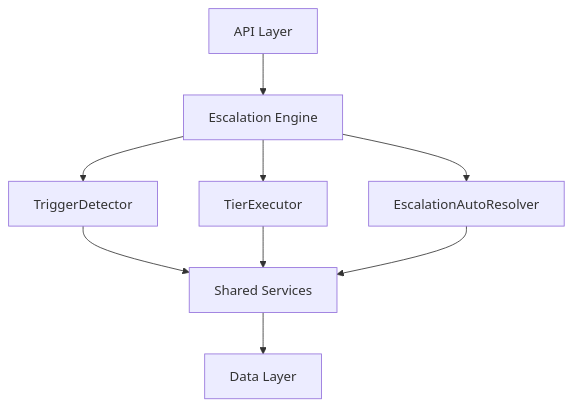
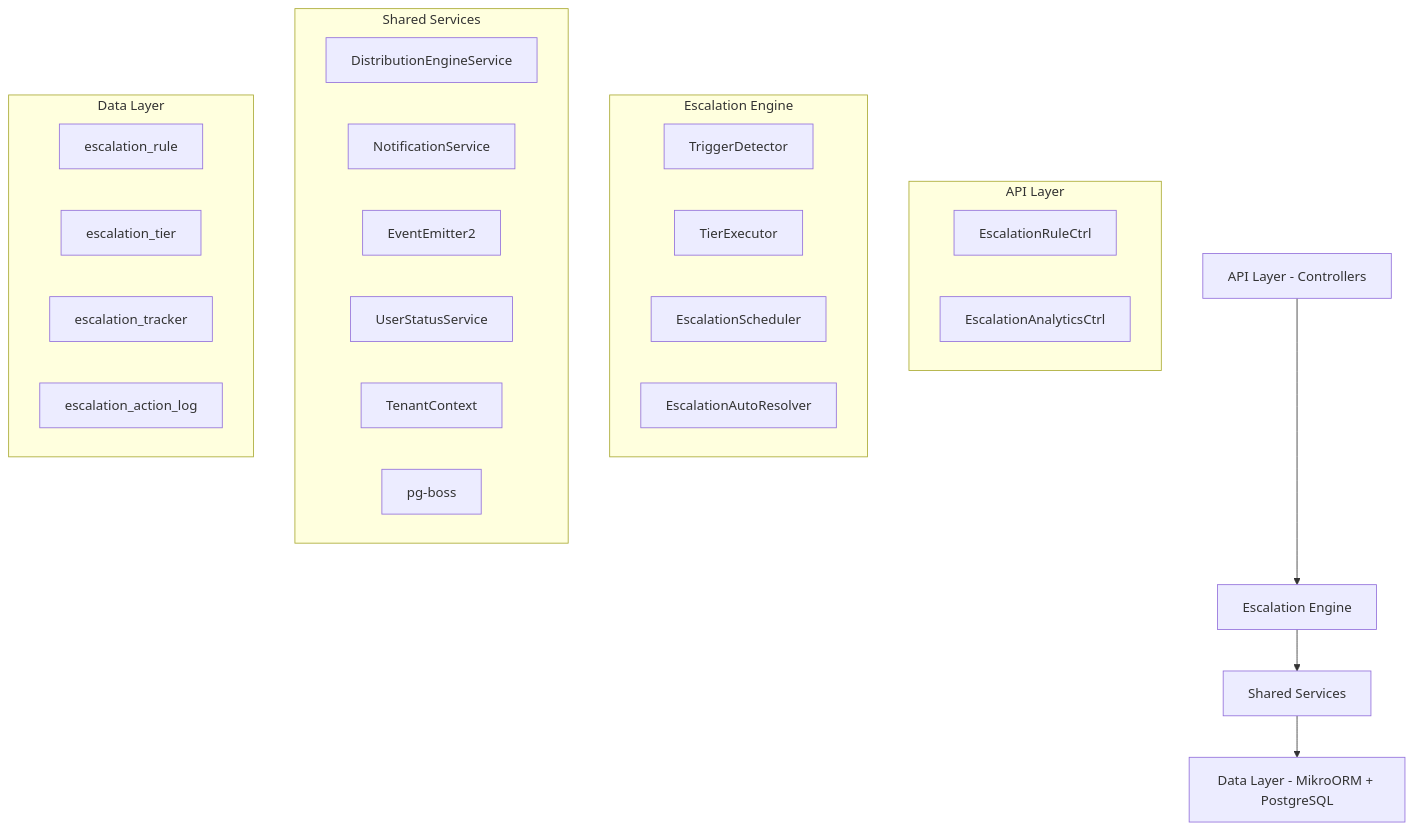
Before and after one commit to tech-propwise-org/docs: the diagram in backend/escalation/escalation-module-specification.mdx, drawn with Mermaid. The commit also changed other lines of this file and 65 other files, not shown here.

````diff
--- a/backend/escalation/escalation-module-specification.mdx
+++ b/backend/escalation/escalation-module-specification.mdx
@@ -34,11 +30,34 @@
 ```mermaid
-graph TD
-    A[API Layer] --> B[Escalation Engine]
-    B --> C[TriggerDetector]
-    B --> D[TierExecutor]
-    B --> E[EscalationAutoResolver]
-    C --> F[Shared Services]
-    D --> F
-    E --> F
-    F --> G[Data Layer]
+graph TB
+    A[API Layer - Controllers] --> B[Escalation Engine]
+    B --> C[Shared Services]
+    C --> D[Data Layer - MikroORM + PostgreSQL]
+    
+    subgraph "API Layer"
+        A1[EscalationRuleCtrl]
+        A2[EscalationAnalyticsCtrl]
+    end
+    
+    subgraph "Escalation Engine"
+        B1[TriggerDetector]
+        B2[TierExecutor]
+        B3[EscalationScheduler]
+        B4[EscalationAutoResolver]
+    end
+    
+    subgraph "Shared Services"
+        C1[DistributionEngineService]
+        C2[NotificationService]
+        C3[EventEmitter2]
+        C4[UserStatusService]
+        C5[TenantContext]
+        C6[pg-boss]
+    end
+    
+    subgraph "Data Layer"
+        D1[escalation_rule]
+        D2[escalation_tier]
+        D3[escalation_tracker]
+        D4[escalation_action_log]
+    end
 ```
````
